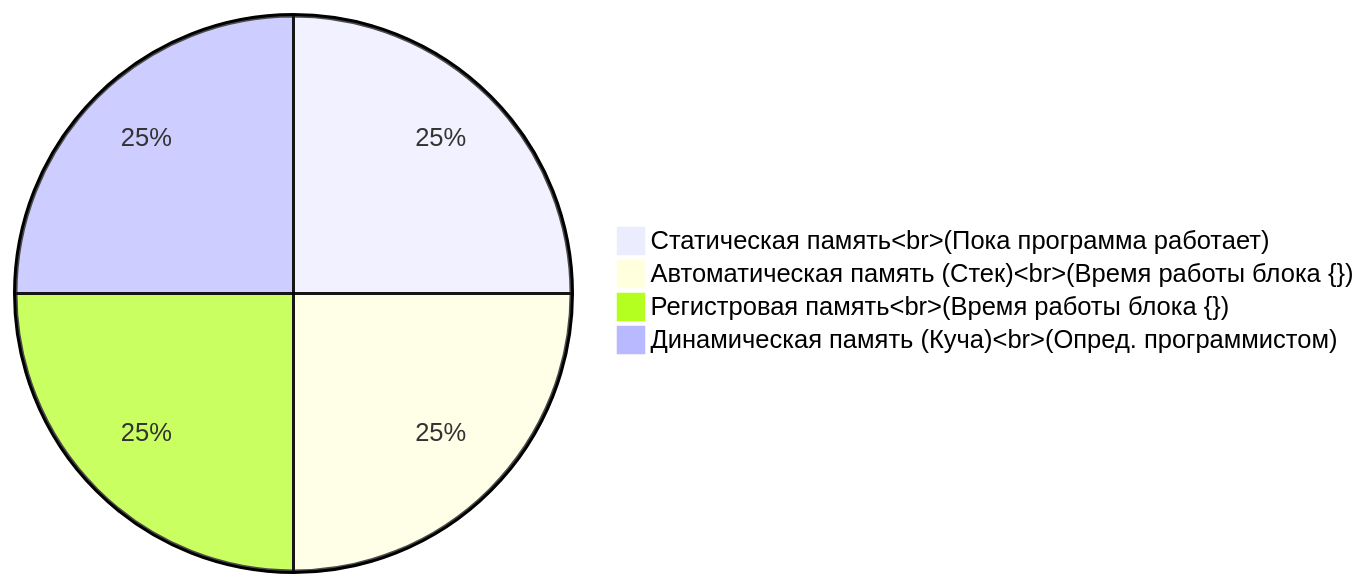
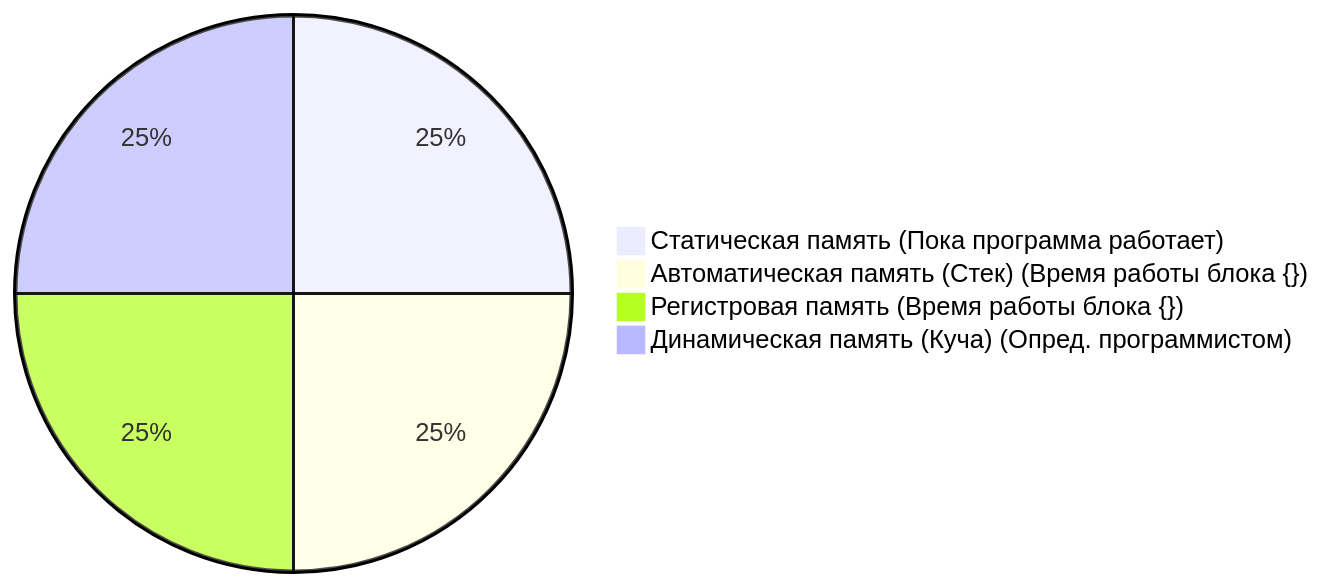
Before and after one commit to BurdichxD4r/Cpp_Lessons: the third of 3 diagrams in class_work/Lesson_5/README.md, drawn with Mermaid.

Commit message:
Lesson_5 file.md v4.1

````diff
--- a/class_work/Lesson_5/README.md
+++ b/class_work/Lesson_5/README.md
@@ -144,7 +144,7 @@
 ```mermaid
 pie 
-    "Статическая память<br>(Пока программа работает)" : 25
-    "Автоматическая память (Стек)<br>(Время работы блока {})" : 25
-    "Регистровая память<br>(Время работы блока {})" : 25
-    "Динамическая память (Куча)<br>(Опред. программистом)" : 25
+    "Статическая память (Пока программа работает)" : 25
+    "Автоматическая память (Стек) (Время работы блока {})" : 25
+    "Регистровая память (Время работы блока {})" : 25
+    "Динамическая память (Куча) (Опред. программистом)" : 25
 ```
````
